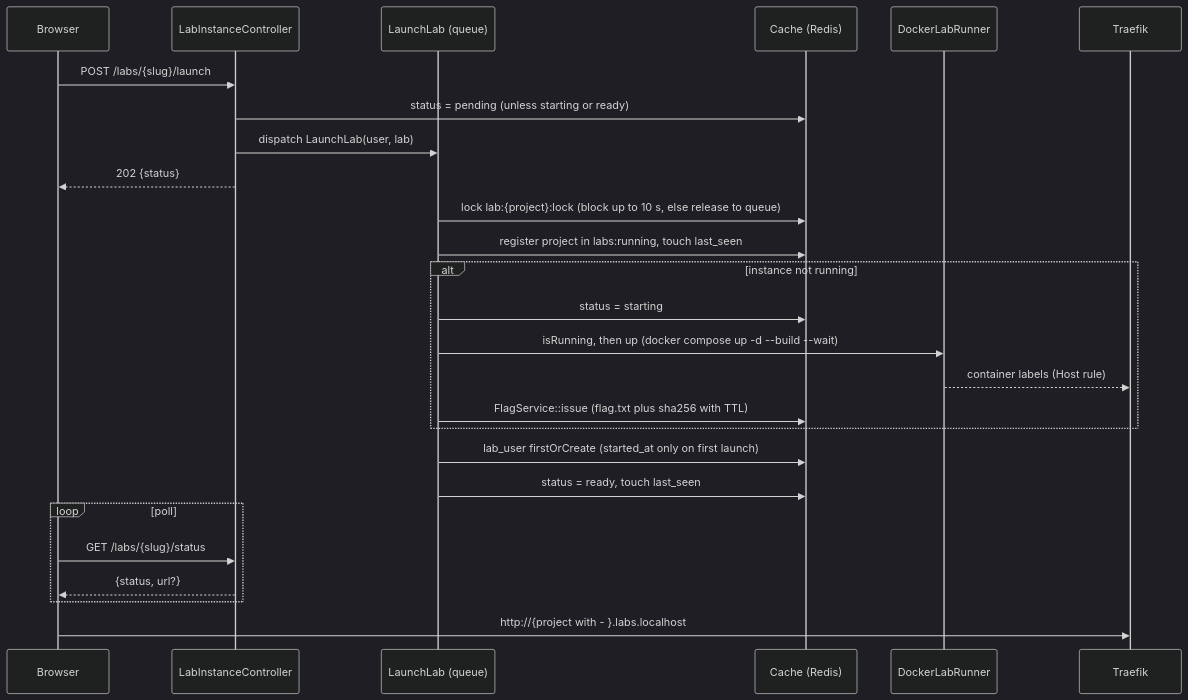
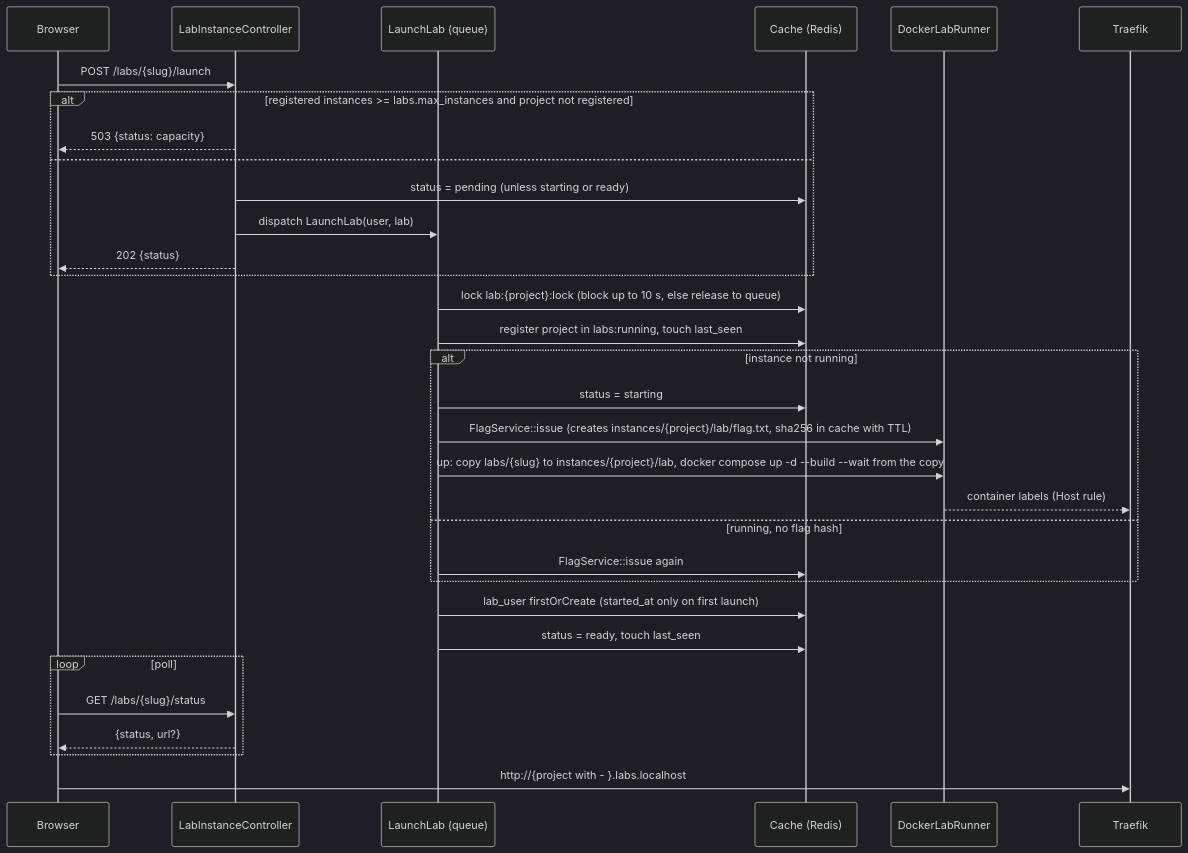
One commit to Nukker13/appsec-laravel changed the diagram in docs/ARCHITECTURE.md. Above: the diagram before and after it, drawn with Mermaid (dark theme). The commit also changed other lines of this file and 2 other files, not shown here.

Commit message:
feat(phase6): instance capacity

````diff
--- a/docs/ARCHITECTURE.md
+++ b/docs/ARCHITECTURE.md
@@ -70,28 +70,34 @@
 ```mermaid
 sequenceDiagram
     participant B as Browser
     participant A as LabInstanceController
     participant Q as LaunchLab (queue)
     participant R as Cache (Redis)
     participant D as DockerLabRunner
     participant T as Traefik
     B->>A: POST /labs/{slug}/launch
-    A->>R: status = pending (unless starting or ready)
-    A->>Q: dispatch LaunchLab(user, lab)
-    A-->>B: 202 {status}
+    alt registered instances >= labs.max_instances and project not registered
+        A-->>B: 503 {status: capacity}
+    else
+        A->>R: status = pending (unless starting or ready)
+        A->>Q: dispatch LaunchLab(user, lab)
+        A-->>B: 202 {status}
+    end
     Q->>R: lock lab:{project}:lock (block up to 10 s, else release to queue)
     Q->>R: register project in labs:running, touch last_seen
     alt instance not running
         Q->>R: status = starting
-        Q->>D: isRunning, then up (docker compose up -d --build --wait)
+        Q->>D: FlagService::issue (creates instances/{project}/lab/flag.txt, sha256 in cache with TTL)
+        Q->>D: up: copy labs/{slug} to instances/{project}/lab, docker compose up -d --build --wait from the copy
         D-->>T: container labels (Host rule)
-        Q->>R: FlagService::issue (flag.txt plus sha256 with TTL)
+    else running, no flag hash
+        Q->>R: FlagService::issue again
     end
     Q->>R: lab_user firstOrCreate (started_at only on first launch)
     Q->>R: status = ready, touch last_seen
     loop poll
         B->>A: GET /labs/{slug}/status
         A-->>B: {status, url?}
     end
     B->>T: http://{project with - }.labs.localhost
 ```
````
